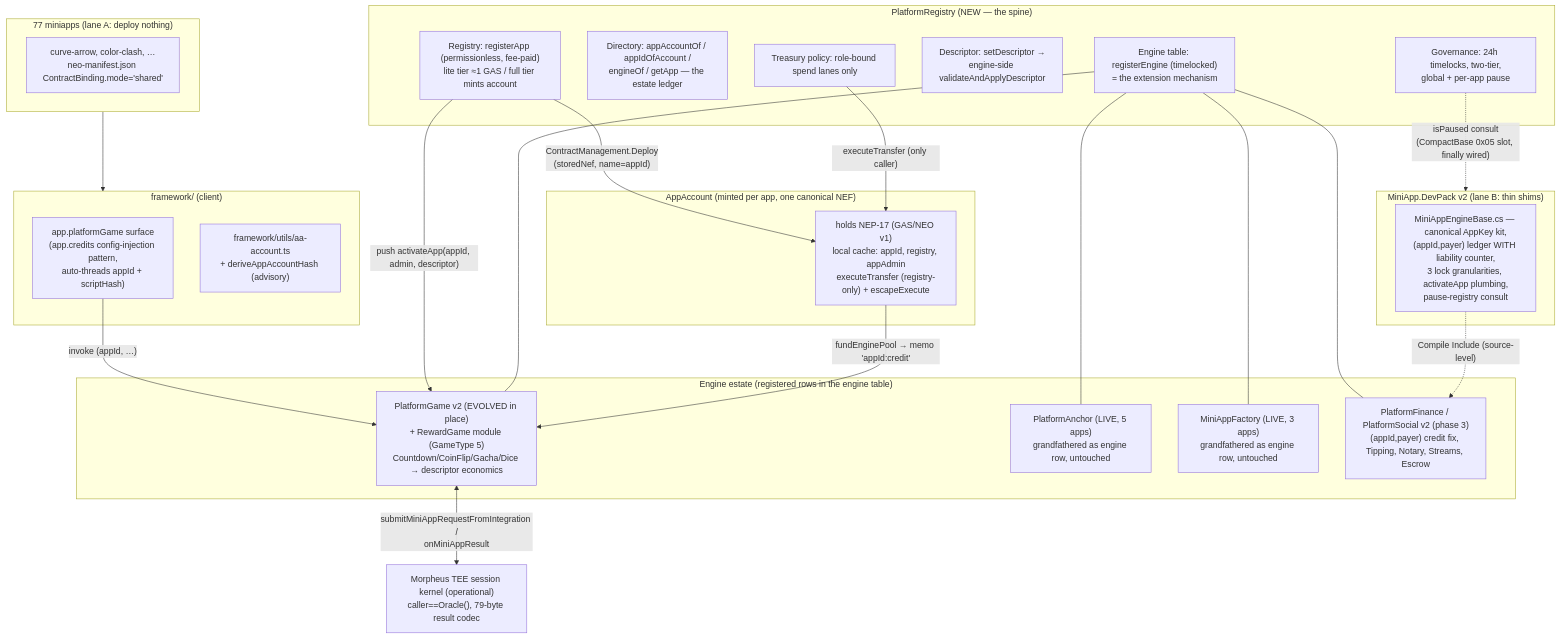
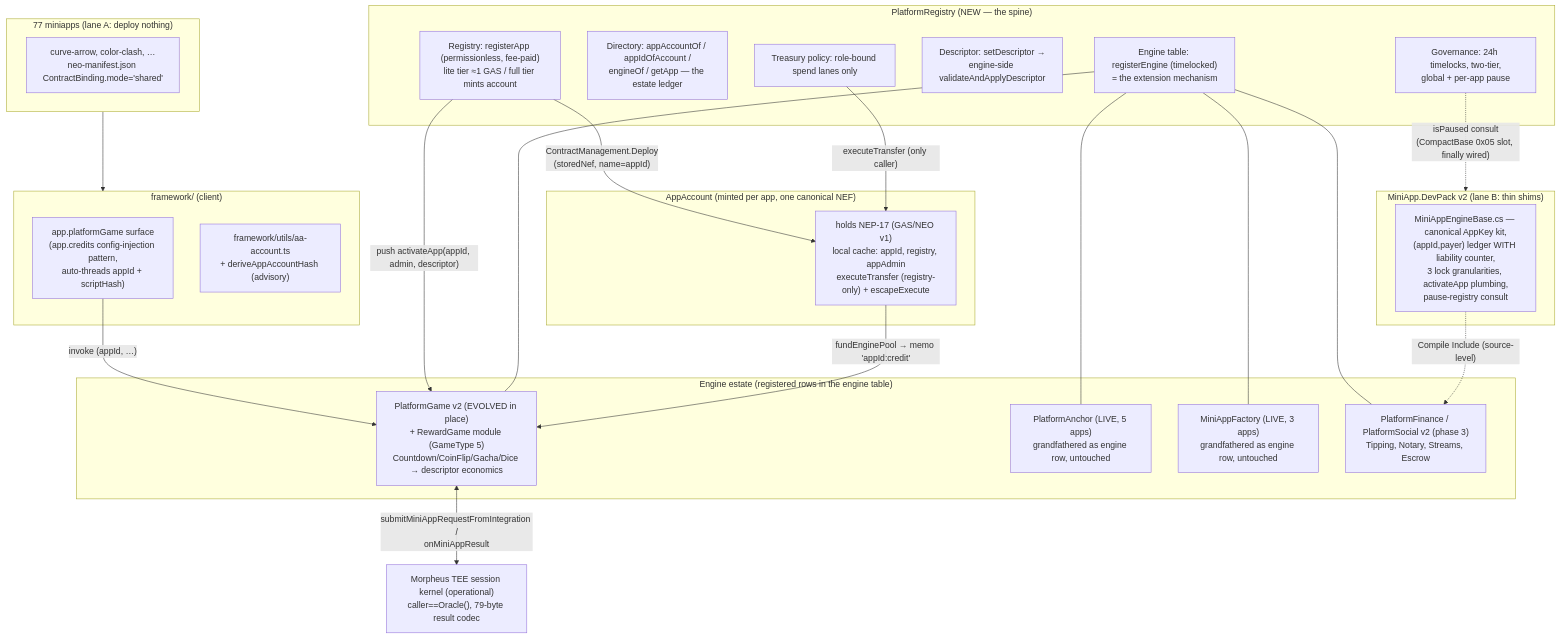
The diagram in docs/platform-contract-library-v2.md (r3e-network/neo-os-web), drawn with Mermaid before and after one commit. The commit also changed other lines of this file and 234 other files, not shown here.

````diff
--- a/docs/platform-contract-library-v2.md
+++ b/docs/platform-contract-library-v2.md
@@ -48,42 +56,42 @@
 ```mermaid
 flowchart TB
     subgraph Apps["77 miniapps (lane A: deploy nothing)"]
         A1["curve-arrow, color-clash, …<br/>neo-manifest.json ContractBinding.mode='shared'"]
     end
     subgraph FW["framework/ (client)"]
         F1["app.platformGame surface<br/>(app.credits config-injection pattern,<br/>auto-threads appId + scriptHash)"]
         F2["framework/utils/aa-account.ts<br/>+ deriveAppAccountHash (advisory)"]
     end
     subgraph Spine["PlatformRegistry (NEW — the spine)"]
         R1["Registry: registerApp (permissionless, fee-paid)<br/>lite tier ≈1 GAS / full tier mints account"]
         R2["Directory: appAccountOf / appIdOfAccount /<br/>engineOf / getApp — the estate ledger"]
         R3["Engine table: registerEngine (timelocked)<br/>= the extension mechanism"]
         R4["Descriptor: setDescriptor →<br/>engine-side validateAndApplyDescriptor"]
         R5["Treasury policy: role-bound spend lanes only"]
         R6["Governance: 24h timelocks, two-tier,<br/>global + per-app pause"]
     end
     subgraph AA["AppAccount (minted per app, one canonical NEF)"]
         AC["holds NEP-17 (GAS/NEO v1)<br/>local cache: appId, registry, appAdmin<br/>executeTransfer (registry-only) + escapeExecute"]
     end
     subgraph Engines["Engine estate (registered rows in the engine table)"]
         E1["PlatformGame v2 (EVOLVED in place)<br/>+ RewardGame module (GameType 5)<br/>Countdown/CoinFlip/Gacha/Dice → descriptor economics"]
         E2["PlatformAnchor (LIVE, 5 apps)<br/>grandfathered as engine row, untouched"]
         E3["MiniAppFactory (LIVE, 3 apps)<br/>grandfathered as engine row, untouched"]
-        E4["PlatformFinance / PlatformSocial v2 (phase 3)<br/>(appId,payer) credit fix, Tipping, Notary, Streams, Escrow"]
+        E4["PlatformFinance / PlatformSocial v2 (phase 3)<br/>Tipping, Notary, Streams, Escrow"]
     end
     subgraph DevPack["MiniApp.DevPack v2 (lane B: thin shims)"]
         D1["MiniAppEngineBase.cs — canonical AppKey kit,<br/>(appId,payer) ledger WITH liability counter,<br/>3 lock granularities, activateApp plumbing,<br/>pause-registry consult"]
     end
     Oracle["Morpheus TEE session kernel (operational)<br/>caller==Oracle(), 79-byte result codec"]
 
     Apps --> FW
     F1 -->|"invoke (appId, …)"| E1
     R1 -->|"ContractManagement.Deploy<br/>(storedNef, name=appId)"| AC
     R1 -->|"push activateApp(appId, admin, descriptor)"| E1
     R3 --- E1 & E2 & E3 & E4
     R5 -->|"executeTransfer (only caller)"| AC
     AC -->|"fundEnginePool → memo 'appId:credit'"| E1
     E1 <-->|"submitMiniAppRequestFromIntegration /<br/>onMiniAppResult"| Oracle
     D1 -.->|"Compile Include (source-level)"| E4
     R6 -.->|"isPaused consult<br/>(CompactBase 0x05 slot, finally wired)"| DevPack
 ```
````
